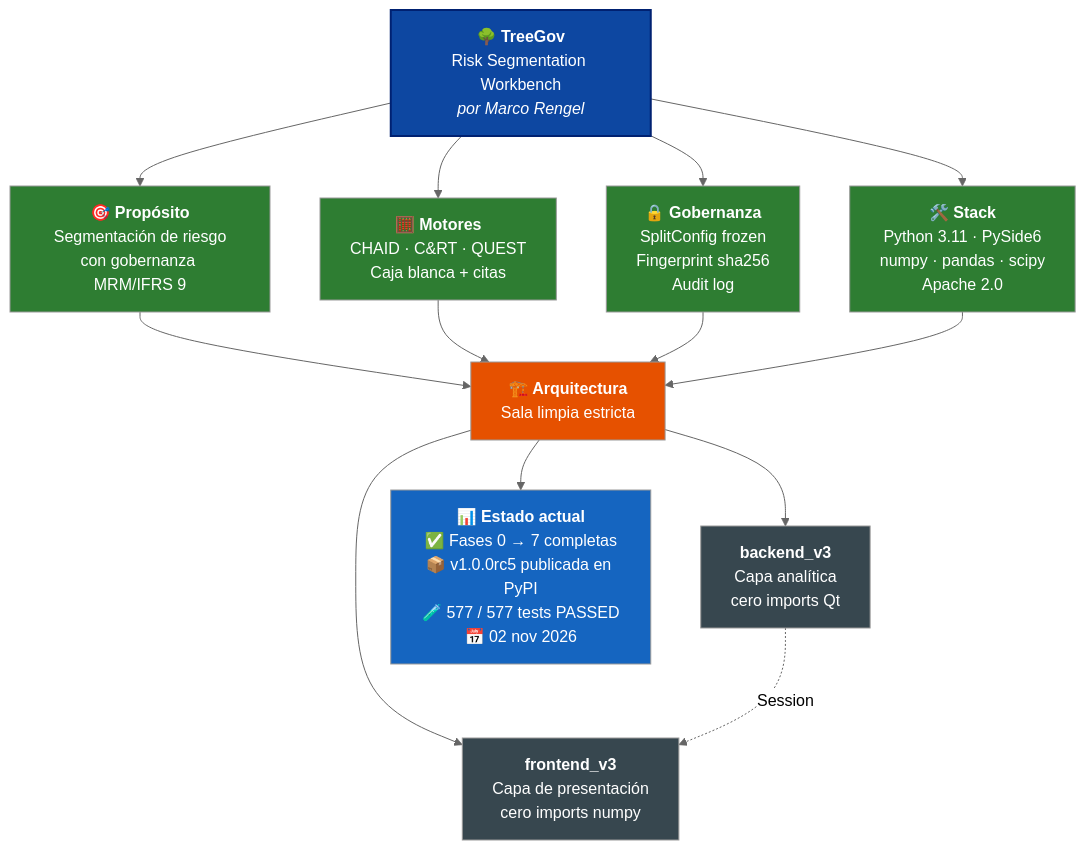
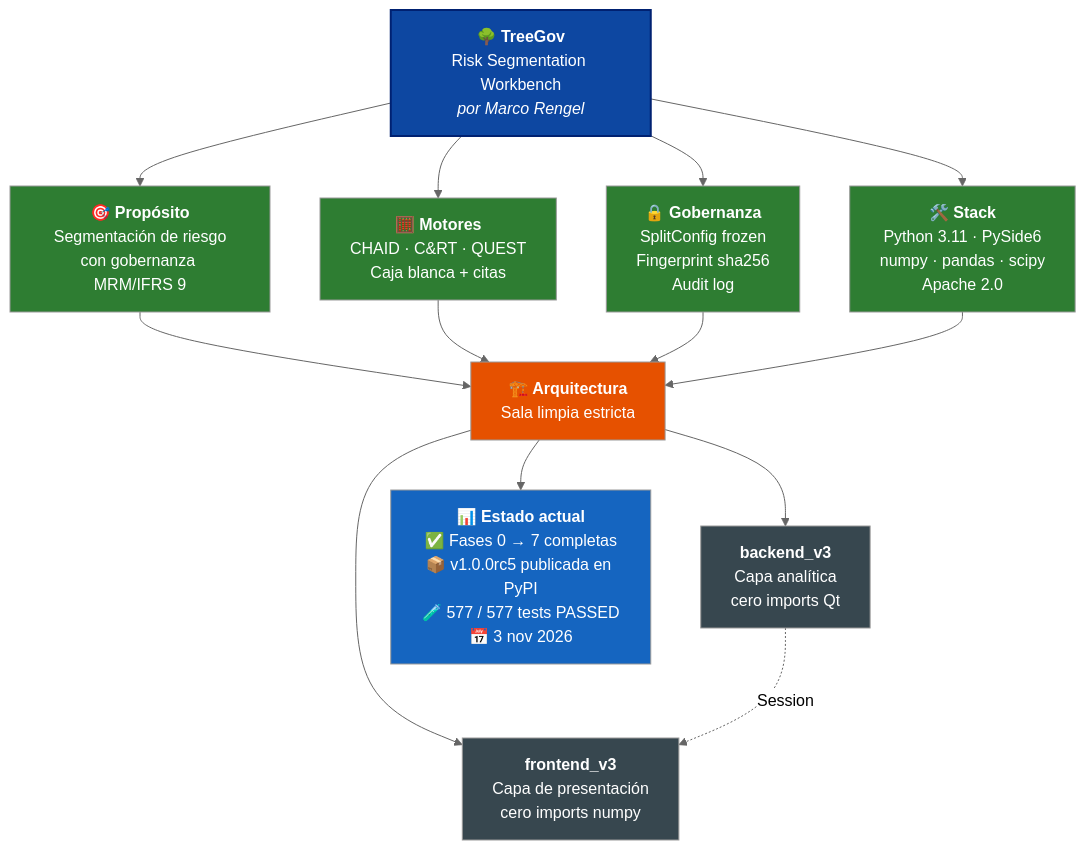
One commit to Marco-Rengel/treegov changed the diagram in README.es.md. Above: the diagram before and after it, drawn with Mermaid (neutral theme). The commit also changed 4 other files, not shown here.

````diff
--- a/README.es.md
+++ b/README.es.md
@@ -38,31 +38,31 @@
 ```mermaid
 flowchart TB
     TG["<b>🌳 TreeGov</b><br/>Risk Segmentation Workbench<br/><i>por Marco Rengel</i>"]
 
     TG --> P["<b>🎯 Propósito</b><br/>Segmentación de riesgo<br/>con gobernanza MRM/IFRS 9"]
     TG --> M["<b>🧮 Motores</b><br/>CHAID · C&RT · QUEST<br/>Caja blanca + citas"]
     TG --> G["<b>🔒 Gobernanza</b><br/>SplitConfig frozen<br/>Fingerprint sha256<br/>Audit log"]
     TG --> S["<b>🛠️ Stack</b><br/>Python 3.11 · PySide6<br/>numpy · pandas · scipy<br/>Apache 2.0"]
 
     P --> ARQ["<b>🏗️ Arquitectura</b><br/>Sala limpia estricta"]
     M --> ARQ
     G --> ARQ
     S --> ARQ
 
     ARQ --> BE["<b>backend_v3</b><br/>Capa analítica<br/>cero imports Qt"]
     ARQ --> FE["<b>frontend_v3</b><br/>Capa de presentación<br/>cero imports numpy"]
 
     BE -.->|Session| FE
 
-    ARQ --> ST["<b>📊 Estado actual</b><br/>✅ Fases 0 → 7 completas<br/>📦 v1.0.0rc5 publicada en PyPI<br/>🧪 577 / 577 tests PASSED<br/>📅 02 nov 2026"]
+    ARQ --> ST["<b>📊 Estado actual</b><br/>✅ Fases 0 → 7 completas<br/>📦 v1.0.0rc5 publicada en PyPI<br/>🧪 577 / 577 tests PASSED<br/>📅 3 nov 2026"]
 
     style TG fill:#0D47A1,color:#fff,stroke:#002171,stroke-width:2px
     style P fill:#2E7D32,color:#fff
     style M fill:#2E7D32,color:#fff
     style G fill:#2E7D32,color:#fff
     style S fill:#2E7D32,color:#fff
     style ARQ fill:#E65100,color:#fff
     style BE fill:#37474F,color:#fff
     style FE fill:#37474F,color:#fff
     style ST fill:#1565C0,color:#fff
 ```
````
